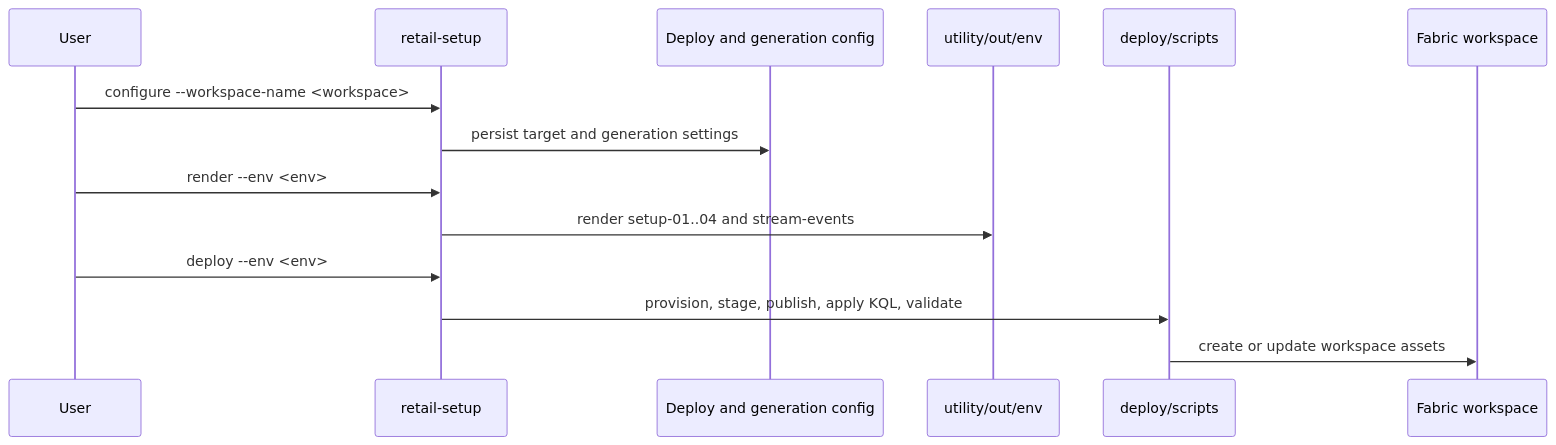
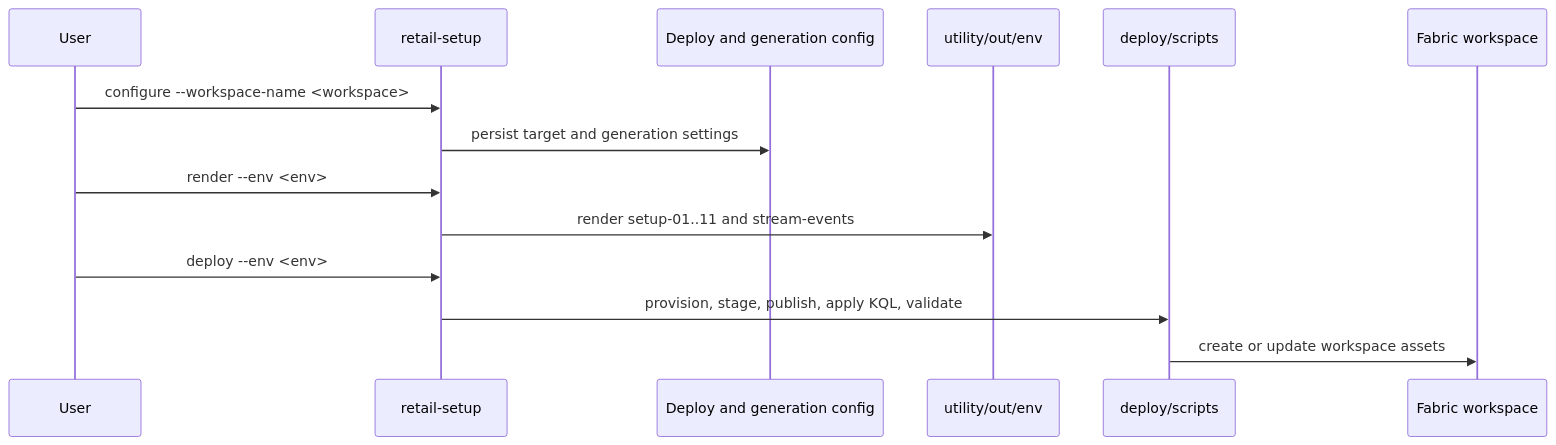
The first of 5 diagrams in docs/design/architecture/data-flow.md (amattas/retail-demo), drawn with Mermaid before and after one commit. The commit also changed other lines of this file and 3 other files, not shown here.

First line of the commit message:
docs(architecture): describe stream state, writer locks, incidents and #450

````diff
--- a/docs/design/architecture/data-flow.md
+++ b/docs/design/architecture/data-flow.md
@@ -5,17 +5,17 @@
 ```mermaid
 sequenceDiagram
     participant User
     participant CLI as retail-setup
     participant Config as Deploy and generation config
     participant Render as utility/out/env
     participant Deploy as deploy/scripts
     participant Fabric as Fabric workspace
 
     User->>CLI: configure --workspace-name <workspace>
     CLI->>Config: persist target and generation settings
     User->>CLI: render --env <env>
-    CLI->>Render: render setup-01..04 and stream-events
+    CLI->>Render: render setup-01..11 and stream-events
     User->>CLI: deploy --env <env>
     CLI->>Deploy: provision, stage, publish, apply KQL, validate
     Deploy->>Fabric: create or update workspace assets
 ```
````
